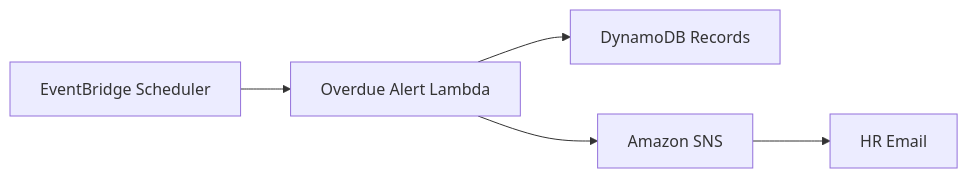
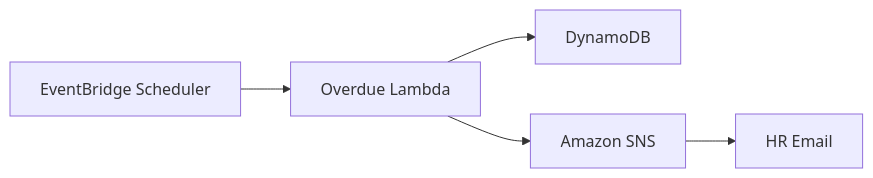
Before and after one commit to SubhashiniRajamani/employee-learning-skill-tracker: the third of 3 diagrams in README.md, drawn with Mermaid. The commit also changed other lines of this file, not shown here.

````diff
--- a/README.md
+++ b/README.md
@@ -365,7 +406,7 @@
 ```mermaid
 flowchart LR
-    A["EventBridge Scheduler"] --> B["Overdue Alert Lambda"]
-    B --> C["DynamoDB Records"]
+    A["EventBridge Scheduler"] --> B["Overdue Lambda"]
+    B --> C["DynamoDB"]
     B --> D["Amazon SNS"]
     D --> E["HR Email"]
 ```
````
